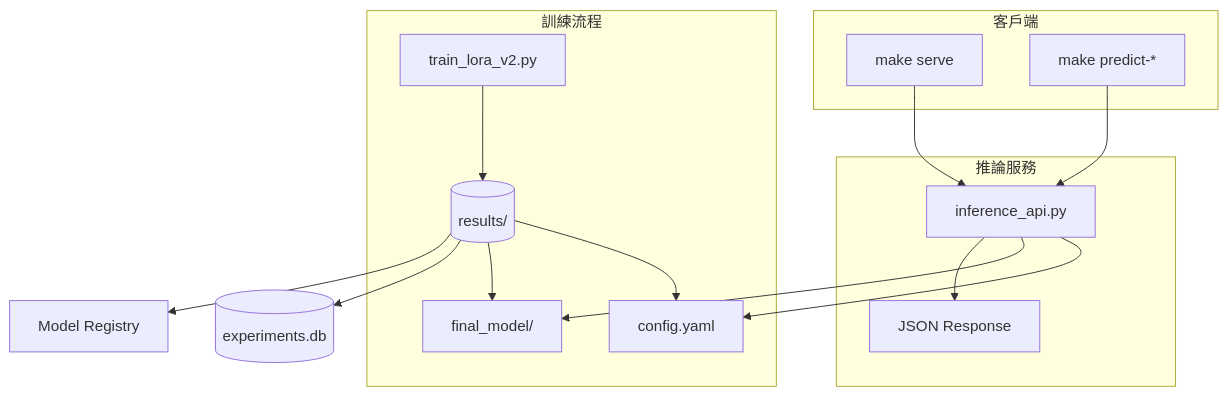
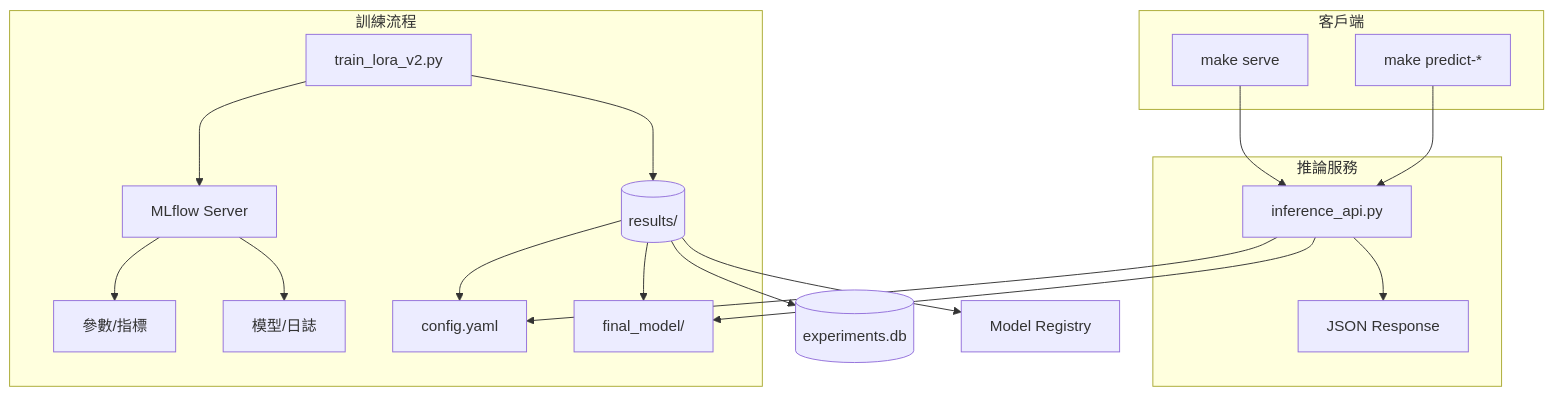
The second of 2 diagrams in README.md (pei9564/Finetune-30-days-demo), drawn with Mermaid before and after one commit. The commit also changed other lines of this file and 14 other files, not shown here.

````diff
--- a/README.md
+++ b/README.md
@@ -63,22 +67,25 @@
 ```mermaid
 graph TB
     subgraph Training["訓練流程"]
         Train[train_lora_v2.py] --> Results[(results/)]
+        Train --> MLflow[MLflow Server]
+        MLflow --> Metrics[參數/指標]
+        MLflow --> Artifacts[模型/日誌]
         Results --> Config[config.yaml]
         Results --> Model[final_model/]
     end
 
     subgraph Inference["推論服務"]
         API[inference_api.py] --> Config
         API --> Model
         API --> Response[JSON Response]
     end
 
     subgraph Client["客戶端"]
         CLI[make serve] --> API
         Test[make predict-*] --> API
     end
 
     Results --> DB[(experiments.db)]
     Results --> Registry[Model Registry]
 ```
````
